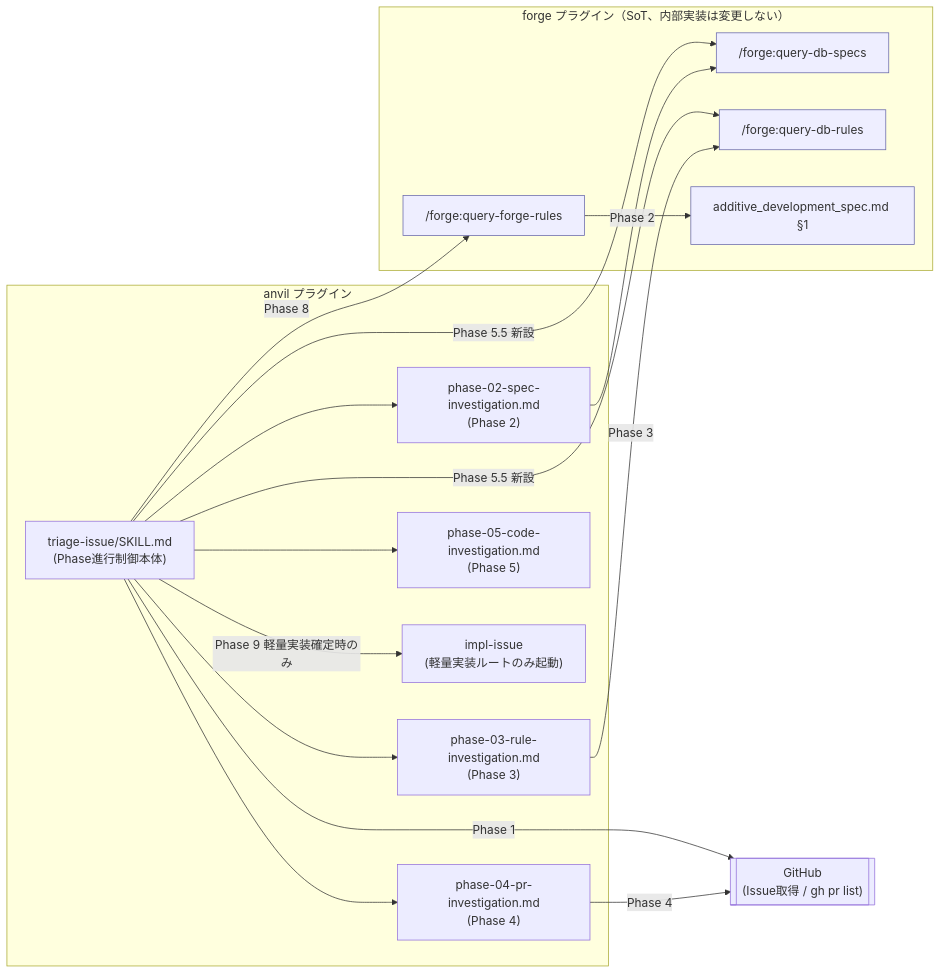
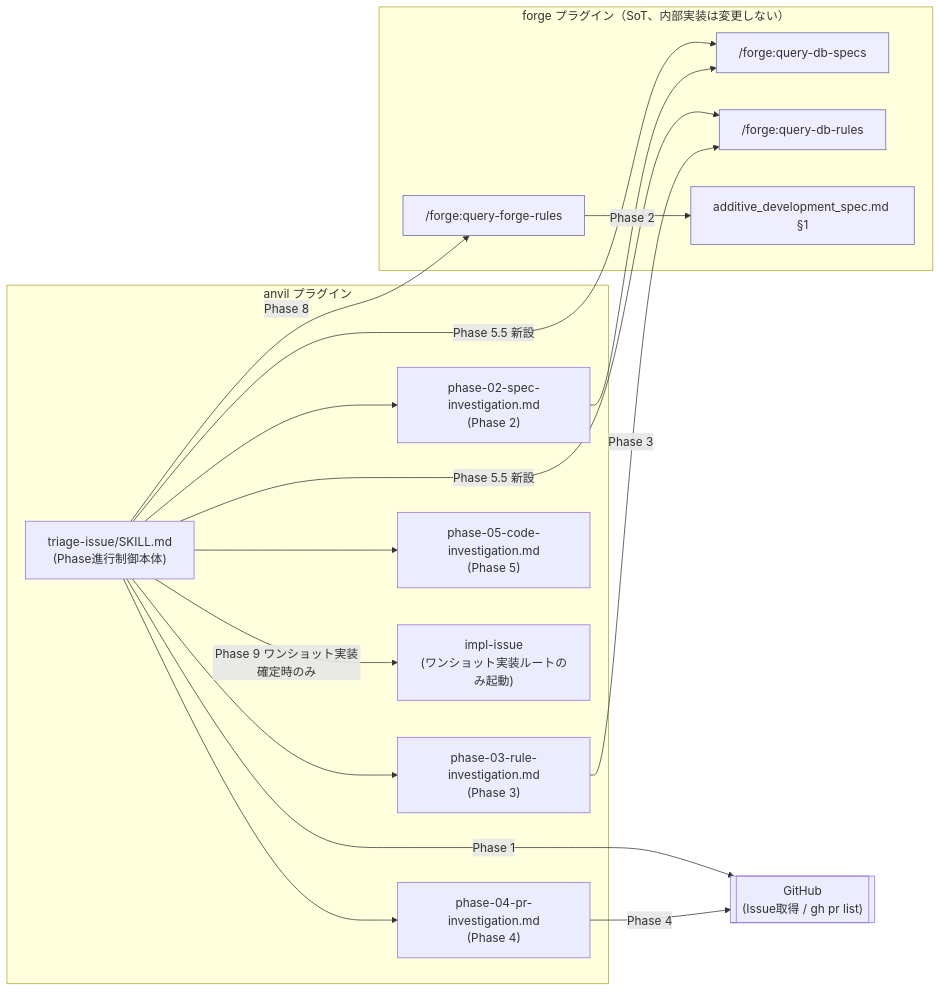
The second of 2 diagrams in docs/specs/anvil/triage-flow/design/DES-038_dev_flow_triage_design.md (BlueEventHorizon/bw-cc-plugins), drawn with Mermaid before and after one commit. The commit also changed other lines of this file and 6 other files, not shown here.

````diff
--- a/docs/specs/anvil/triage-flow/design/DES-038_dev_flow_triage_design.md
+++ b/docs/specs/anvil/triage-flow/design/DES-038_dev_flow_triage_design.md
@@ -151,35 +151,35 @@
 ```mermaid
 flowchart LR
     subgraph anvil["anvil プラグイン"]
         SKILL["triage-issue/SKILL.md<br/>(Phase進行制御本体)"]
         P02["phase-02-spec-investigation.md<br/>(Phase 2)"]
         P03["phase-03-rule-investigation.md<br/>(Phase 3)"]
         P04["phase-04-pr-investigation.md<br/>(Phase 4)"]
         P05["phase-05-code-investigation.md<br/>(Phase 5)"]
-        IMPL["impl-issue<br/>(軽量実装ルートのみ起動)"]
+        IMPL["impl-issue<br/>(ワンショット実装ルートのみ起動)"]
     end
     subgraph forge["forge プラグイン（SoT、内部実装は変更しない）"]
         QFR["/forge:query-forge-rules"]
         QDS["/forge:query-db-specs"]
         QDR["/forge:query-db-rules"]
         ADS["additive_development_spec.md §1"]
     end
     GH[["GitHub<br/>(Issue取得 / gh pr list)"]]
 
     SKILL --> P02
     SKILL --> P03
     SKILL --> P04
     SKILL --> P05
     SKILL -->|Phase 8| QFR
     SKILL -->|Phase 5.5 新設| QDS
     SKILL -->|Phase 5.5 新設| QDR
     SKILL -->|Phase 1| GH
-    SKILL -->|Phase 9 軽量実装確定時のみ| IMPL
+    SKILL -->|Phase 9 ワンショット実装確定時のみ| IMPL
     P02 -->|Phase 2| QDS
     P03 -->|Phase 3| QDR
     P04 -->|Phase 4| GH
     QFR --> ADS
 
     classDef forgeNode fill:#eef,stroke:#66a
     class QFR,QDS,QDR,ADS forgeNode
 ```
````
